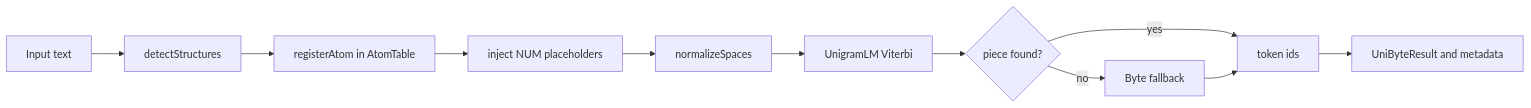
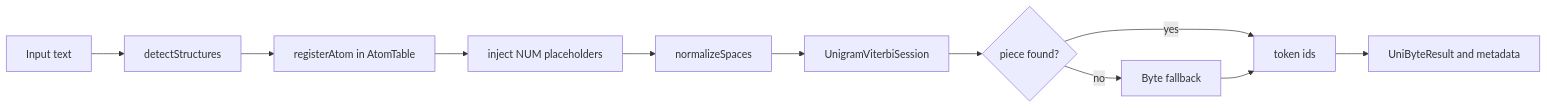
One commit to Reaper3825/G.R.I.M changed the second of 3 diagrams in resources/models/GRIM-text/Shared/UnigramByte/UnigramByte.codoc.md. Above: the diagram before and after it, drawn with Mermaid. The commit also changed other lines of this file and 12 other files, not shown here.

First line of the commit message:
feat: Implement Unigram Viterbi segmentation for UnigramLM

````diff
--- a/resources/models/GRIM-text/Shared/UnigramByte/UnigramByte.codoc.md
+++ b/resources/models/GRIM-text/Shared/UnigramByte/UnigramByte.codoc.md
@@ -114,13 +122,13 @@
 ```mermaid
 flowchart LR
     IN[Input text] --> DET[detectStructures]
     DET --> REG[registerAtom in AtomTable]
     REG --> INJ[inject NUM placeholders]
     INJ --> NORM[normalizeSpaces]
-    NORM --> SEG[UnigramLM Viterbi]
+   NORM --> SEG[UnigramViterbiSession]
     SEG --> FB{piece found?}
     FB -->|yes| TOK[token ids]
     FB -->|no| BY[Byte fallback]
     BY --> TOK
     TOK --> OUT[UniByteResult and metadata]
 ```
````
